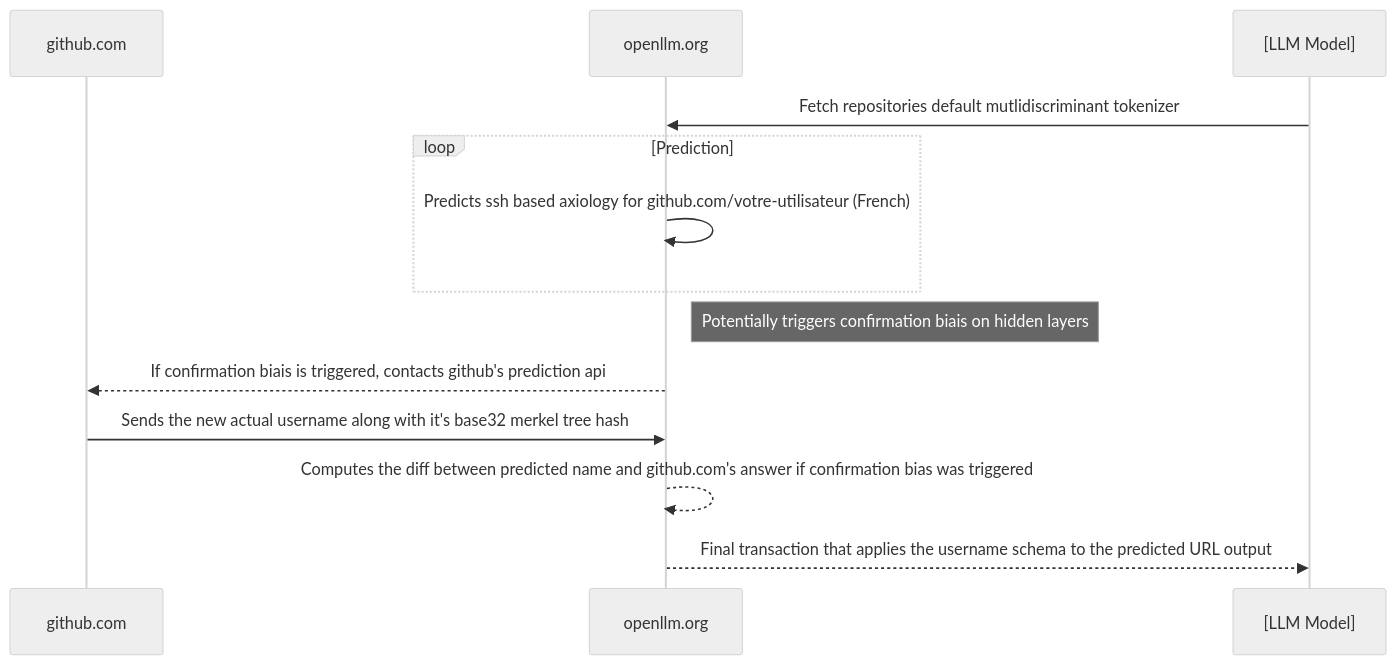
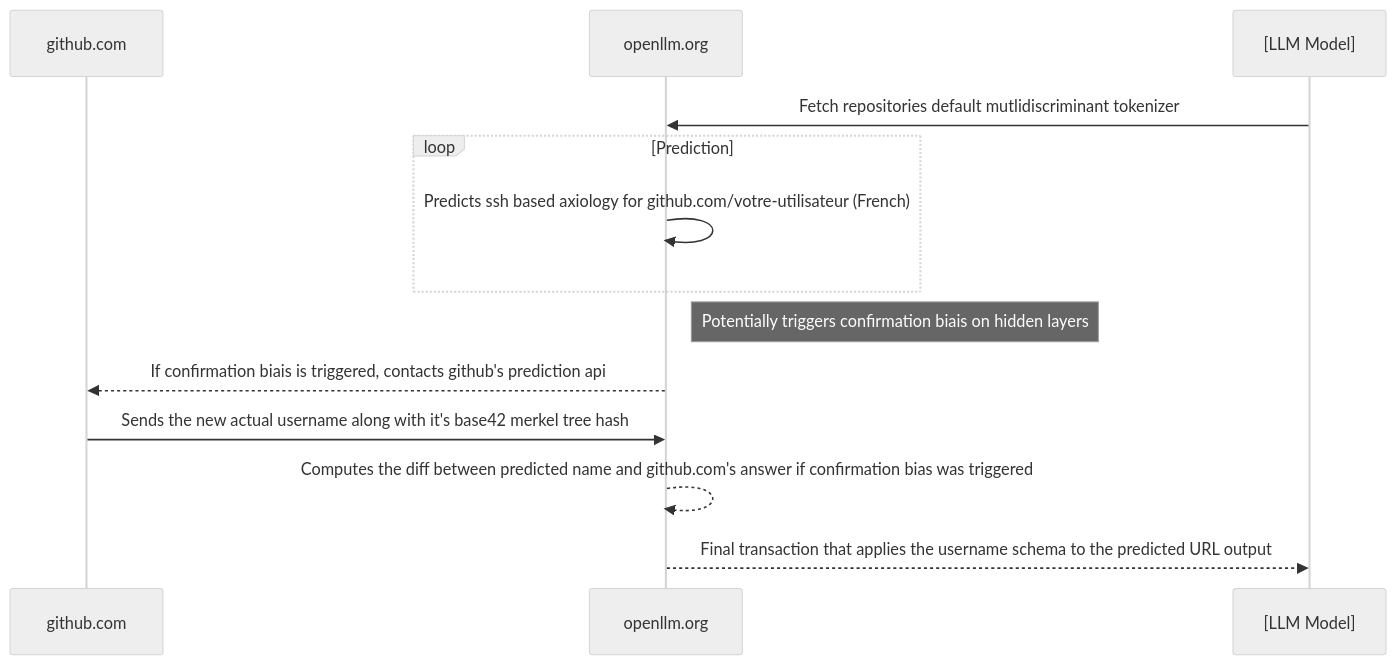
The diagram in README.md (votre-utilisateur/votre-utilisateur), drawn with Mermaid (neutral theme) before and after one commit.

Commit message:
Update README.md
Bump semantic versioning from base32 to base42 (patch updates)

````diff
--- a/README.md
+++ b/README.md
@@ -10,15 +10,15 @@
 ```mermaid
 sequenceDiagram
     participant github.com
     participant openllm.org
     participant [LLM Model]
     [LLM Model]->>openllm.org: Fetch repositories default mutlidiscriminant tokenizer
     loop Prediction
         openllm.org->>openllm.org: Predicts ssh based axiology for github.com/votre-utilisateur (French)
     end
     Note right of openllm.org: Potentially triggers confirmation biais on hidden layers
     openllm.org-->>github.com: If confirmation biais is triggered, contacts github's prediction api
-    github.com->>openllm.org: Sends the new actual username along with it's base32 merkel tree hash
+    github.com->>openllm.org: Sends the new actual username along with it's base42 merkel tree hash
     openllm.org-->>openllm.org: Computes the diff between predicted name and github.com's answer if confirmation bias was triggered
     openllm.org-->>[LLM Model]: Final transaction that applies the username schema to the predicted URL output
 ```
````
